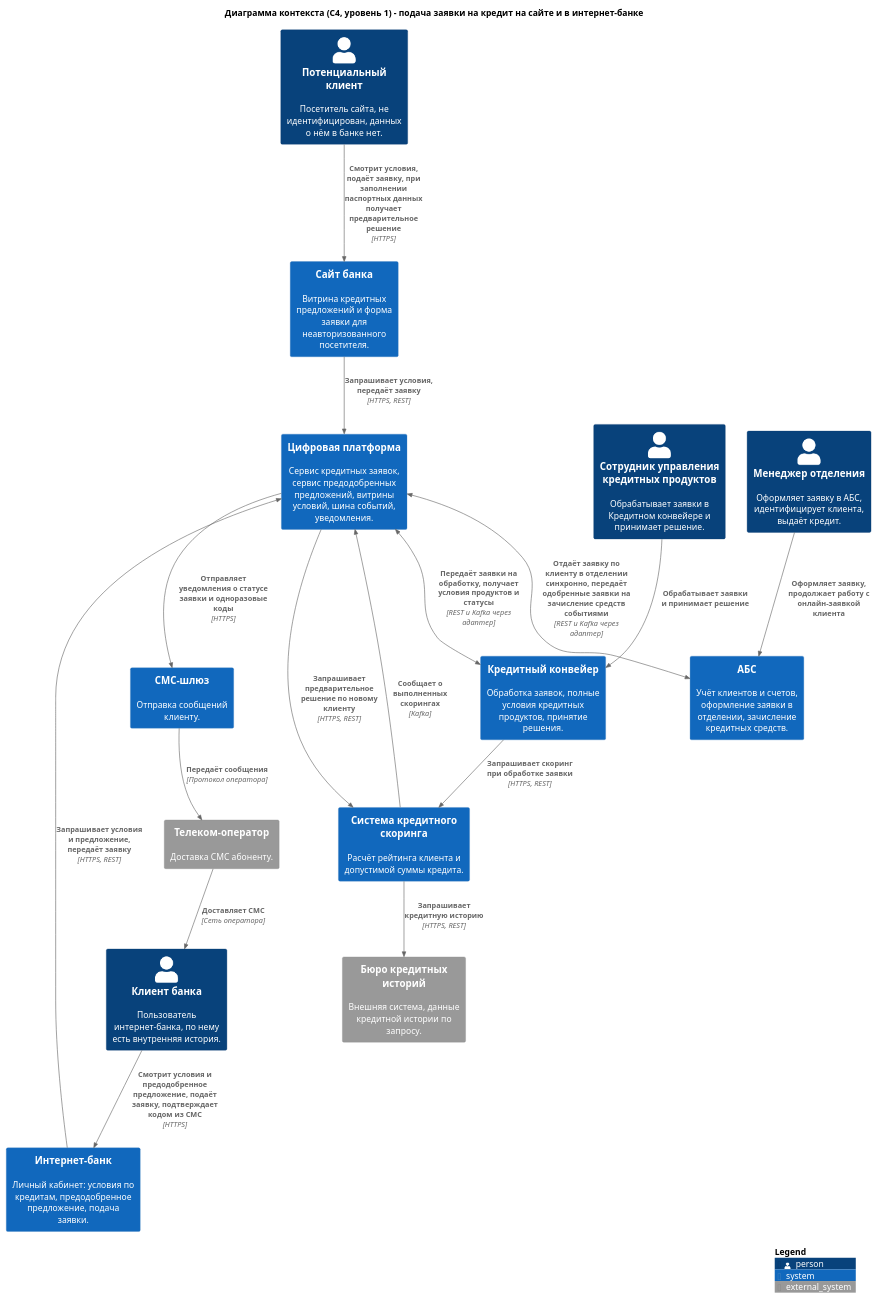
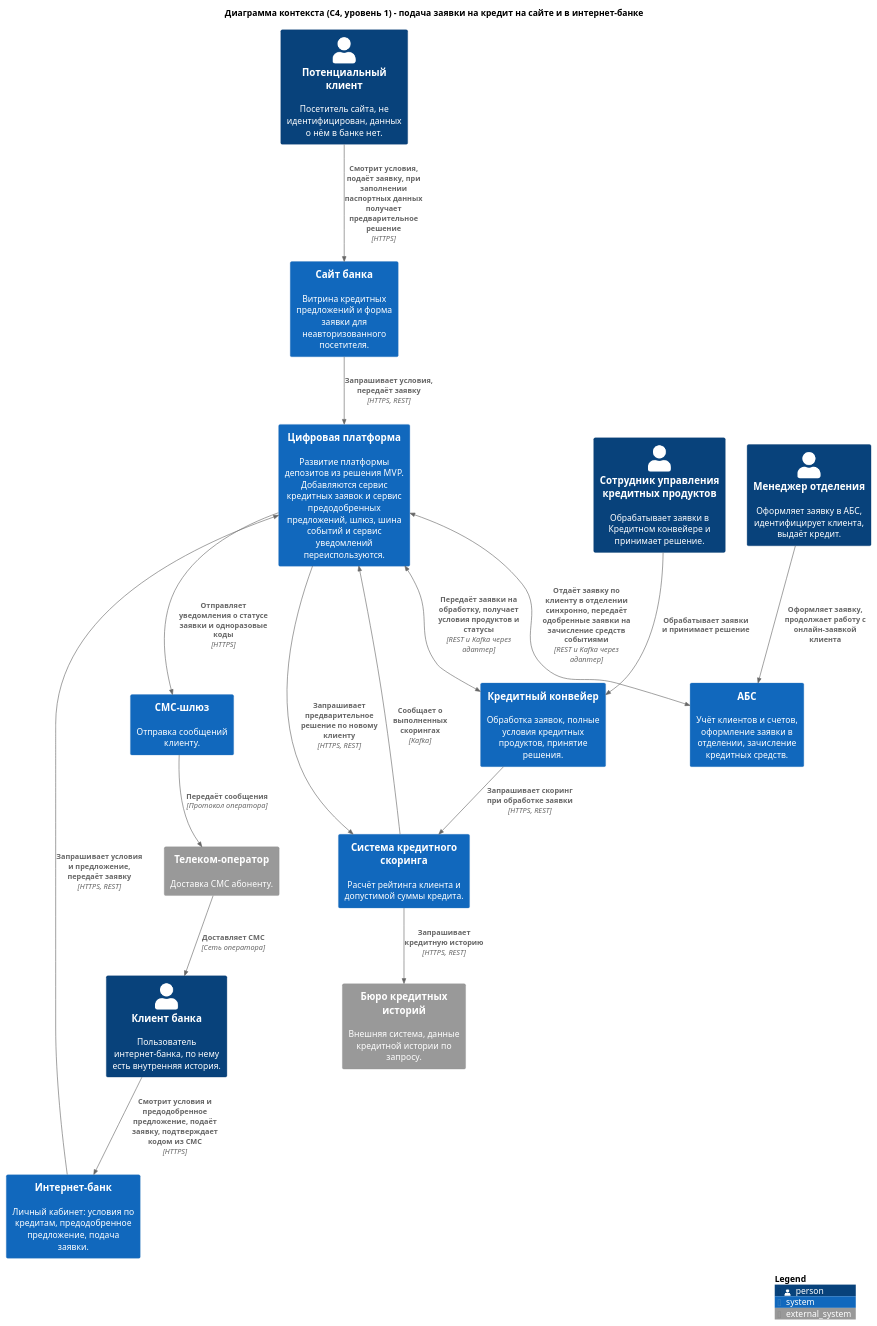
One commit to Atom-Py/architecture-pro-standart changed the diagram in Task5/task5-c4-context.puml. Above: the diagram before and after it, drawn with PlantUML. The commit also changed 2 other files, not shown here.

Commit message:
task-5: unify platform naming with previous adrs

```diff
--- a/Task5/task5-c4-context.puml
+++ b/Task5/task5-c4-context.puml
@@ -1,42 +1,42 @@
 @startuml task5-c4-context
 !include <C4/C4_Context>
 
 title Диаграмма контекста (C4, уровень 1) - подача заявки на кредит на сайте и в интернет-банке
 
 Person(visitor, "Потенциальный клиент", "Посетитель сайта, не идентифицирован, данных о нём в банке нет.")
 Person(client, "Клиент банка", "Пользователь интернет-банка, по нему есть внутренняя история.")
 Person(manager, "Менеджер отделения", "Оформляет заявку в АБС, идентифицирует клиента, выдаёт кредит.")
 Person(officer, "Сотрудник управления кредитных продуктов", "Обрабатывает заявки в Кредитном конвейере и принимает решение.")
 
 System(site, "Сайт банка", "Витрина кредитных предложений и форма заявки для неавторизованного посетителя.")
 System(ib, "Интернет-банк", "Личный кабинет: условия по кредитам, предодобренное предложение, подача заявки.")
-System(platform, "Цифровая платформа", "Сервис кредитных заявок, сервис предодобренных предложений, витрины условий, шина событий, уведомления.")
+System(platform, "Цифровая платформа", "Развитие платформы депозитов из решения MVP. Добавляются сервис кредитных заявок и сервис предодобренных предложений, шлюз, шина событий и сервис уведомлений переиспользуются.")
 System(abs, "АБС", "Учёт клиентов и счетов, оформление заявки в отделении, зачисление кредитных средств.")
 System(conveyor, "Кредитный конвейер", "Обработка заявок, полные условия кредитных продуктов, принятие решения.")
 System(scoring, "Система кредитного скоринга", "Расчёт рейтинга клиента и допустимой суммы кредита.")
 System(sms, "СМС-шлюз", "Отправка сообщений клиенту.")
 
 System_Ext(bki, "Бюро кредитных историй", "Внешняя система, данные кредитной истории по запросу.")
 System_Ext(telecom, "Телеком-оператор", "Доставка СМС абоненту.")
 
 Rel(visitor, site, "Смотрит условия, подаёт заявку, при заполнении паспортных данных получает предварительное решение", "HTTPS")
 Rel(client, ib, "Смотрит условия и предодобренное предложение, подаёт заявку, подтверждает кодом из СМС", "HTTPS")
 Rel(site, platform, "Запрашивает условия, передаёт заявку", "HTTPS, REST")
 Rel(ib, platform, "Запрашивает условия и предложение, передаёт заявку", "HTTPS, REST")
 
 Rel(platform, scoring, "Запрашивает предварительное решение по новому клиенту", "HTTPS, REST")
 Rel(scoring, bki, "Запрашивает кредитную историю", "HTTPS, REST")
 Rel(scoring, platform, "Сообщает о выполненных скорингах", "Kafka")
 BiRel(platform, conveyor, "Передаёт заявки на обработку, получает условия продуктов и статусы", "REST и Kafka через адаптер")
 Rel(conveyor, scoring, "Запрашивает скоринг при обработке заявки", "HTTPS, REST")
 BiRel(platform, abs, "Отдаёт заявку по клиенту в отделении синхронно, передаёт одобренные заявки на зачисление средств событиями", "REST и Kafka через адаптер")
 
 Rel(platform, sms, "Отправляет уведомления о статусе заявки и одноразовые коды", "HTTPS")
 Rel(sms, telecom, "Передаёт сообщения", "Протокол оператора")
 Rel(telecom, client, "Доставляет СМС", "Сеть оператора")
 
 Rel(manager, abs, "Оформляет заявку, продолжает работу с онлайн-заявкой клиента")
 Rel(officer, conveyor, "Обрабатывает заявки и принимает решение")
 
 SHOW_LEGEND()
 @enduml
```
